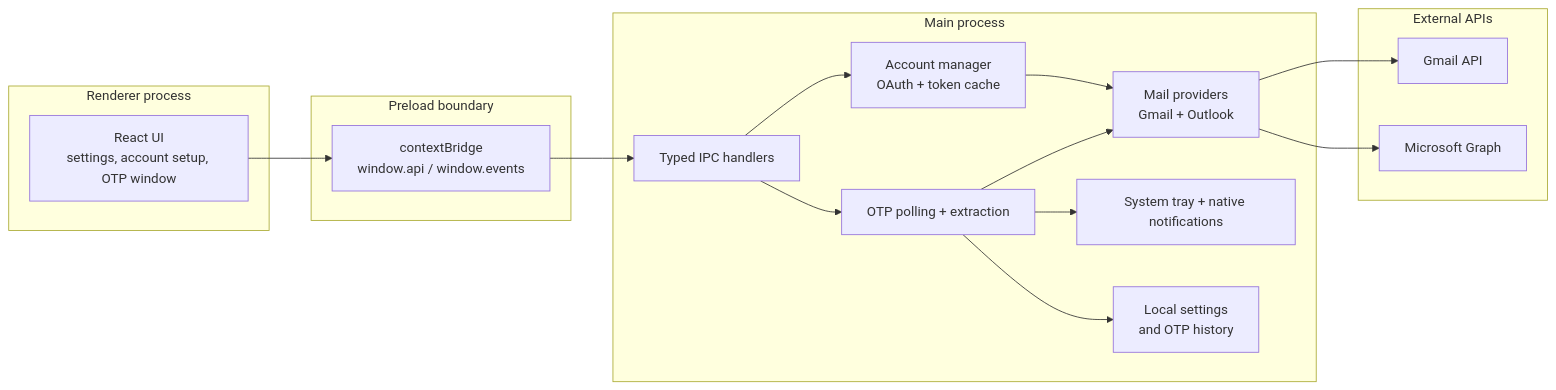
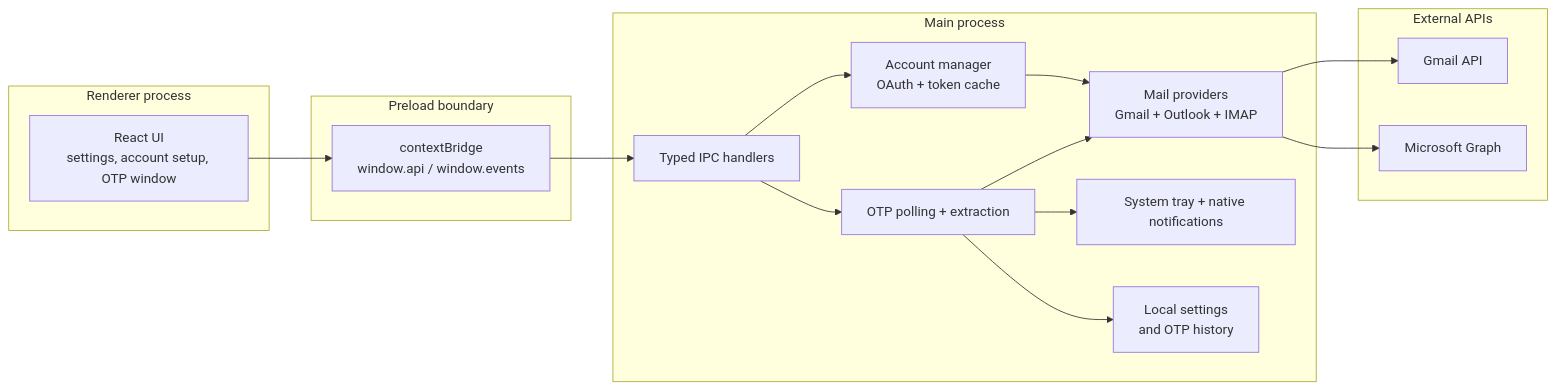
One commit to SomneelSaha2042/2FAst changed the diagram in README.md. Above: the diagram before and after it, drawn with Mermaid. The commit also changed other lines of this file and 34 other files, not shown here.

````diff
--- a/README.md
+++ b/README.md
@@ -55,35 +55,35 @@
 ```mermaid
 flowchart LR
     subgraph Renderer["Renderer process"]
         React["React UI\nsettings, account setup, OTP window"]
     end
 
     subgraph Preload["Preload boundary"]
         Bridge["contextBridge\nwindow.api / window.events"]
     end
 
     subgraph Main["Main process"]
         IPC["Typed IPC handlers"]
         Accounts["Account manager\nOAuth + token cache"]
-        Providers["Mail providers\nGmail + Outlook"]
+        Providers["Mail providers\nGmail + Outlook + IMAP"]
         OTP["OTP polling + extraction"]
         Tray["System tray + native notifications"]
         Store["Local settings\nand OTP history"]
     end
 
     subgraph External["External APIs"]
         Gmail["Gmail API"]
         Graph["Microsoft Graph"]
     end
 
     React --> Bridge
     Bridge --> IPC
     IPC --> Accounts
     IPC --> OTP
     Accounts --> Providers
     OTP --> Providers
     Providers --> Gmail
     Providers --> Graph
     OTP --> Tray
     OTP --> Store
 ```
````
